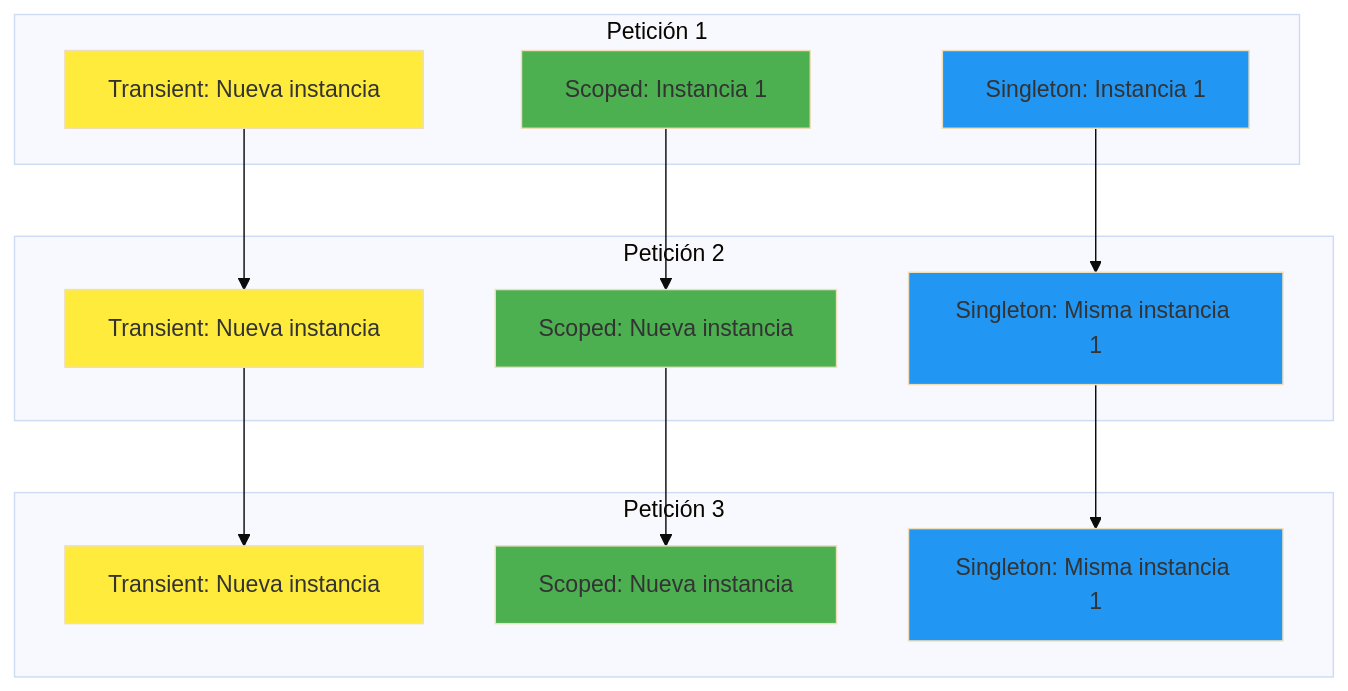
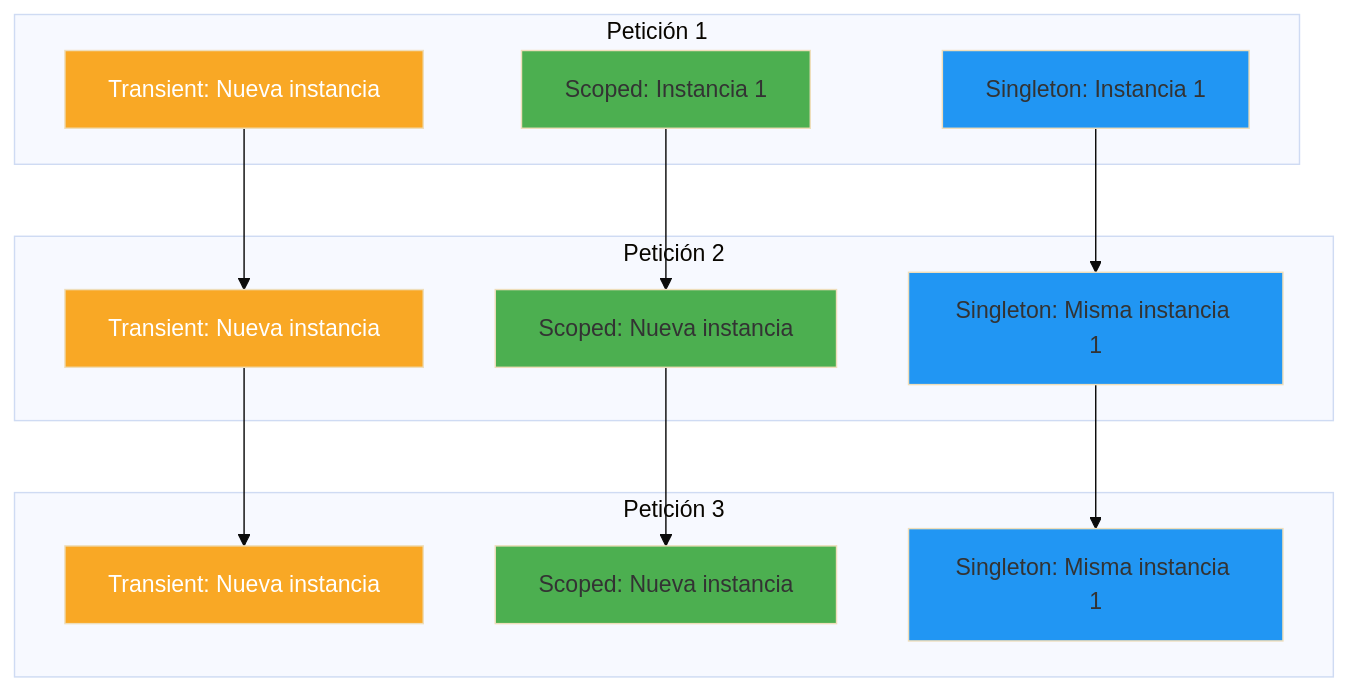
One commit to joseluisgs/TiendaDawApi-NetCore changed the second of 5 diagrams in doc/03-inyeccion-dependencias.md. Above: the diagram before and after it, drawn with Mermaid (base theme). The commit also changed 6 other files, not shown here.

Commit message:
docs: Corregir colores de diagramas Mermaid y comentarios en Program.cs

````diff
--- a/doc/03-inyeccion-dependencias.md
+++ b/doc/03-inyeccion-dependencias.md
@@ -140,34 +140,34 @@
 ```mermaid
 flowchart TB
     subgraph "Petición 1"
         T1A["Transient: Nueva instancia"]
         S1A["Scoped: Instancia 1"]
         G1A["Singleton: Instancia 1"]
     end
     
     subgraph "Petición 2"
         T2A["Transient: Nueva instancia"]
         S2A["Scoped: Nueva instancia"]
         G2A["Singleton: Misma instancia 1"]
     end
     
     subgraph "Petición 3"
         T3A["Transient: Nueva instancia"]
         S3A["Scoped: Nueva instancia"]
         G3A["Singleton: Misma instancia 1"]
     end
     
     T1A --> T2A --> T3A
     S1A --> S2A --> S3A
     G1A --> G2A --> G3A
     
-    style T1A fill:#FFEB3B
-    style T2A fill:#FFEB3B
-    style T3A fill:#FFEB3B
+    style T1A fill:#F9A825,color:#ffffff
+    style T2A fill:#F9A825,color:#ffffff
+    style T3A fill:#F9A825,color:#ffffff
     style S1A fill:#4CAF50
     style S2A fill:#4CAF50
     style S3A fill:#4CAF50
     style G1A fill:#2196F3
     style G2A fill:#2196F3
     style G3A fill:#2196F3
 ```
````
